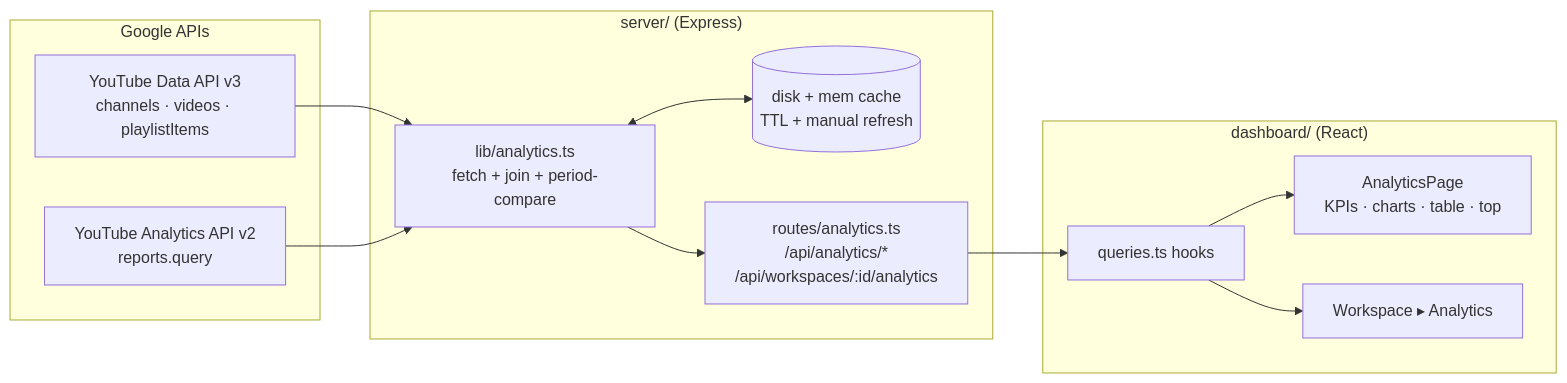
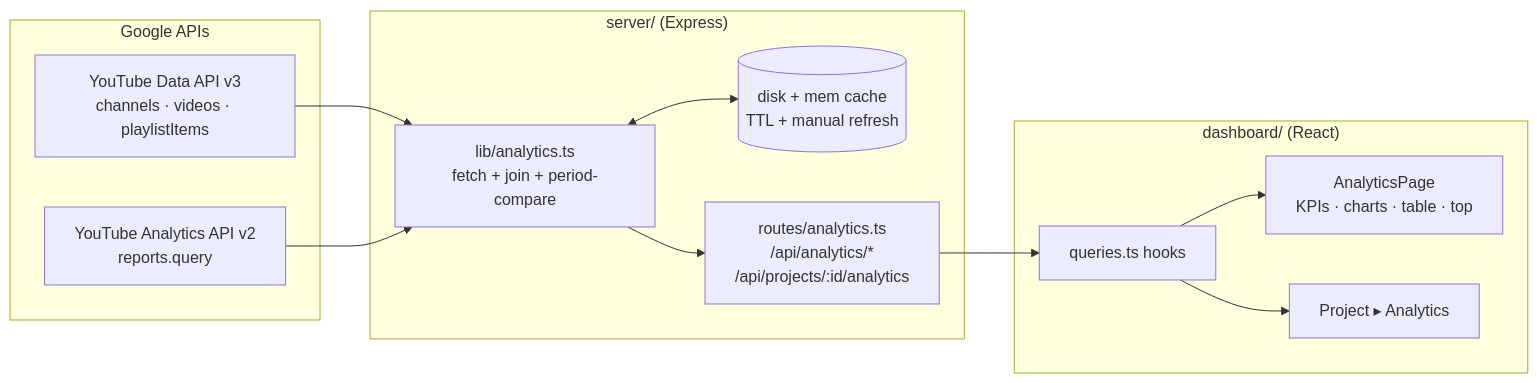
Before and after one commit to KunalMehra075/Alpha-shorts: the first of 5 diagrams in docs/Analytics-Plan.md, drawn with Mermaid. The commit also changed other lines of this file and 55 other files, not shown here.

Commit message:
workspace remamed to projects

````diff
--- a/docs/Analytics-Plan.md
+++ b/docs/Analytics-Plan.md
@@ -16,22 +16,22 @@
 ```mermaid
 flowchart LR
   subgraph Google["Google APIs"]
     DATA["YouTube Data API v3<br/>channels · videos · playlistItems"]
     YTA["YouTube Analytics API v2<br/>reports.query"]
   end
   subgraph Server["server/ (Express)"]
     LIB["lib/analytics.ts<br/>fetch + join + period-compare"]
     CACHE[("disk + mem cache<br/>TTL + manual refresh")]
-    ROUTES["routes/analytics.ts<br/>/api/analytics/*<br/>/api/workspaces/:id/analytics"]
+    ROUTES["routes/analytics.ts<br/>/api/analytics/*<br/>/api/projects/:id/analytics"]
   end
   subgraph Web["dashboard/ (React)"]
     HOOKS["queries.ts hooks"]
     PAGE["AnalyticsPage<br/>KPIs · charts · table · top"]
-    WS["Workspace ▸ Analytics"]
+    WS["Project ▸ Analytics"]
   end
   DATA --> LIB
   YTA --> LIB
   LIB <--> CACHE
   LIB --> ROUTES --> HOOKS --> PAGE
   HOOKS --> WS
 ```
````
